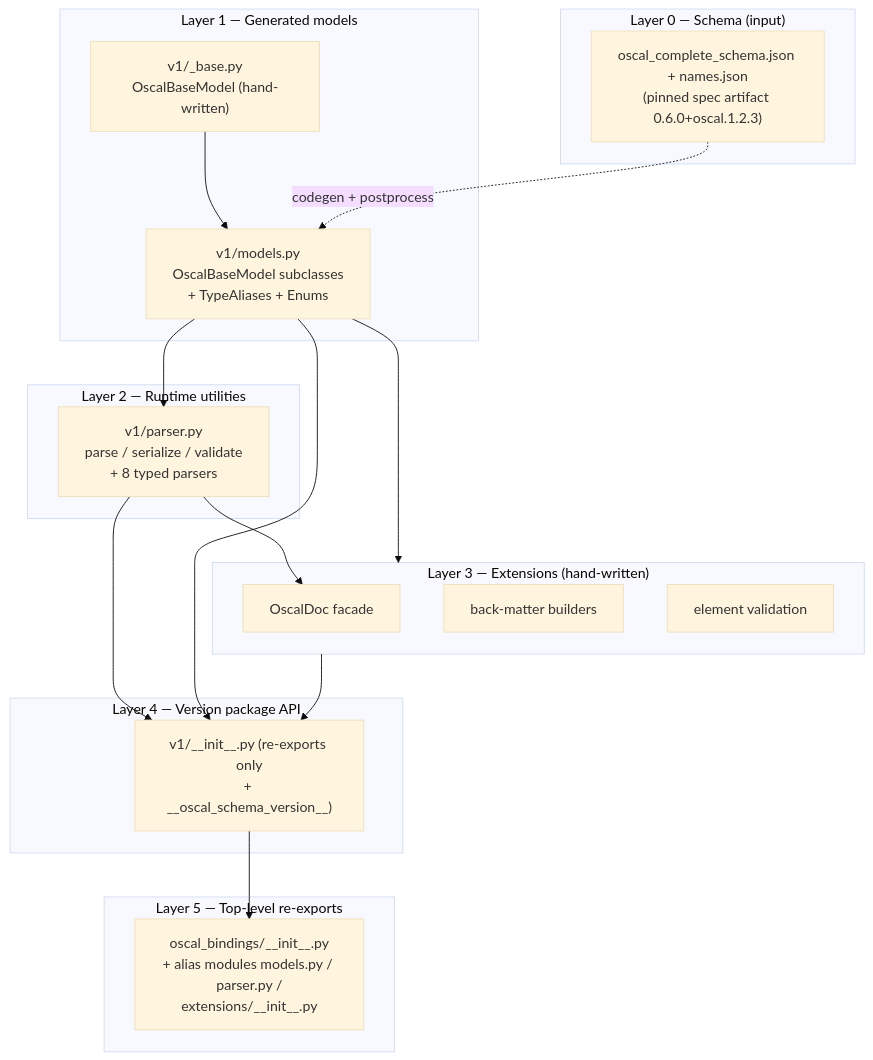
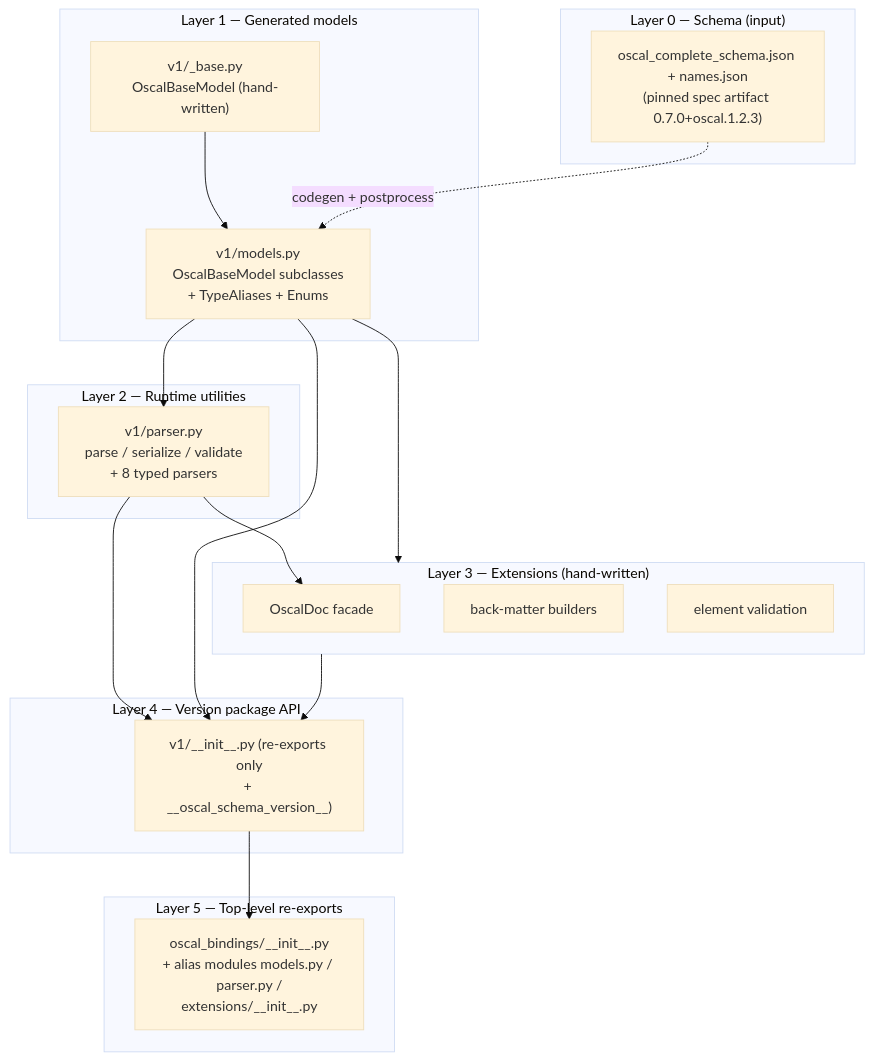
The first of 2 diagrams in .agents/summary/architecture.md (cairn-proofs/oscal-bindings-python), drawn with Mermaid (base theme) before and after one commit. The commit also changed other lines of this file and 18 other files, not shown here.

First line of the commit message:
chore: move the spec artifact pin to 0.7.0+oscal.1.2.3 (#50)

````diff
--- a/.agents/summary/architecture.md
+++ b/.agents/summary/architecture.md
@@ -11,33 +11,33 @@
 ```mermaid
 graph TB
     subgraph L0["Layer 0 — Schema (input)"]
-        S["oscal_complete_schema.json + names.json<br/>(pinned spec artifact 0.6.0+oscal.1.2.3)"]
+        S["oscal_complete_schema.json + names.json<br/>(pinned spec artifact 0.7.0+oscal.1.2.3)"]
     end
     subgraph L1["Layer 1 — Generated models"]
         BASE["v1/_base.py<br/>OscalBaseModel (hand-written)"]
         M["v1/models.py<br/>OscalBaseModel subclasses<br/>+ TypeAliases + Enums"]
         BASE --> M
     end
     subgraph L2["Layer 2 — Runtime utilities"]
         P["v1/parser.py<br/>parse / serialize / validate<br/>+ 8 typed parsers"]
     end
     subgraph L3["Layer 3 — Extensions (hand-written)"]
         D["OscalDoc facade"]
         B["back-matter builders"]
         V["element validation"]
     end
     subgraph L4["Layer 4 — Version package API"]
         I["v1/__init__.py (re-exports only<br/>+ __oscal_schema_version__)"]
     end
     subgraph L5["Layer 5 — Top-level re-exports"]
         C["oscal_bindings/__init__.py<br/>+ alias modules models.py / parser.py /<br/>extensions/__init__.py"]
     end
     S -. codegen + postprocess .-> M
     M --> P
     M --> L3
     P --> D
     P --> I
     L3 --> I
     M --> I
     I --> C
 ```
````
